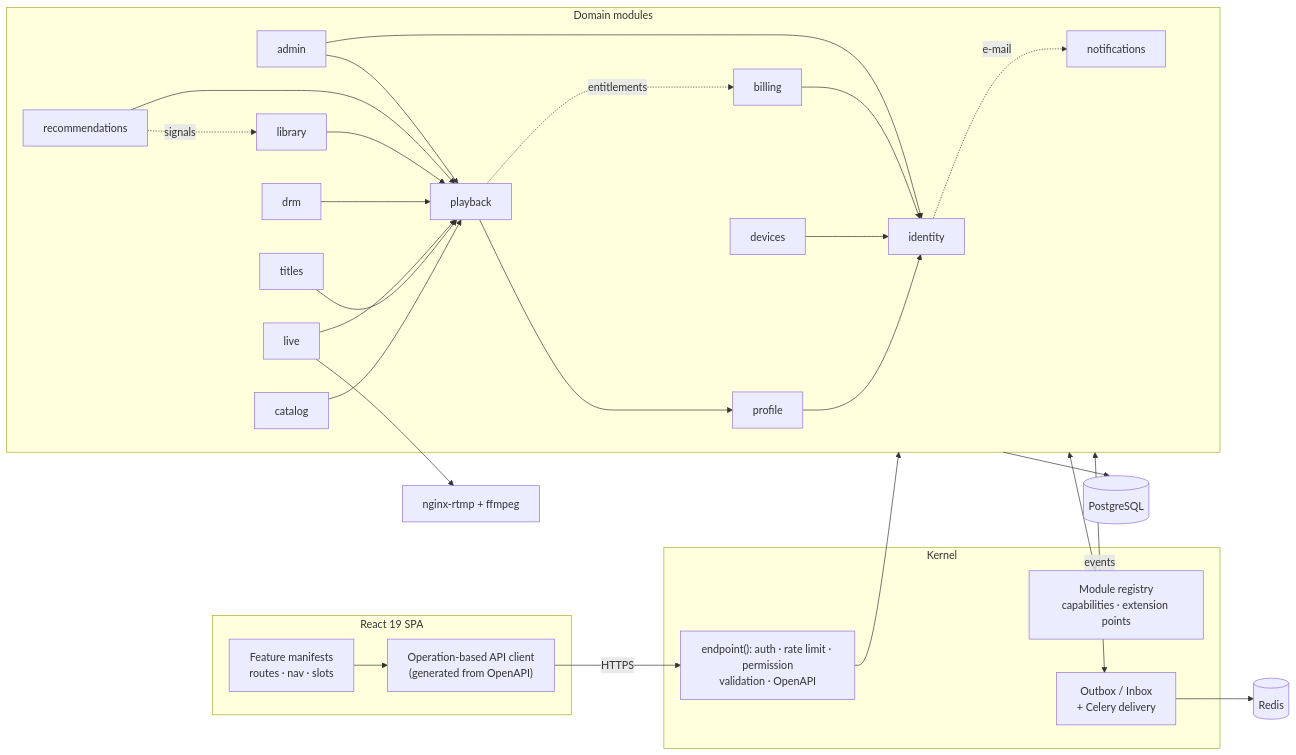
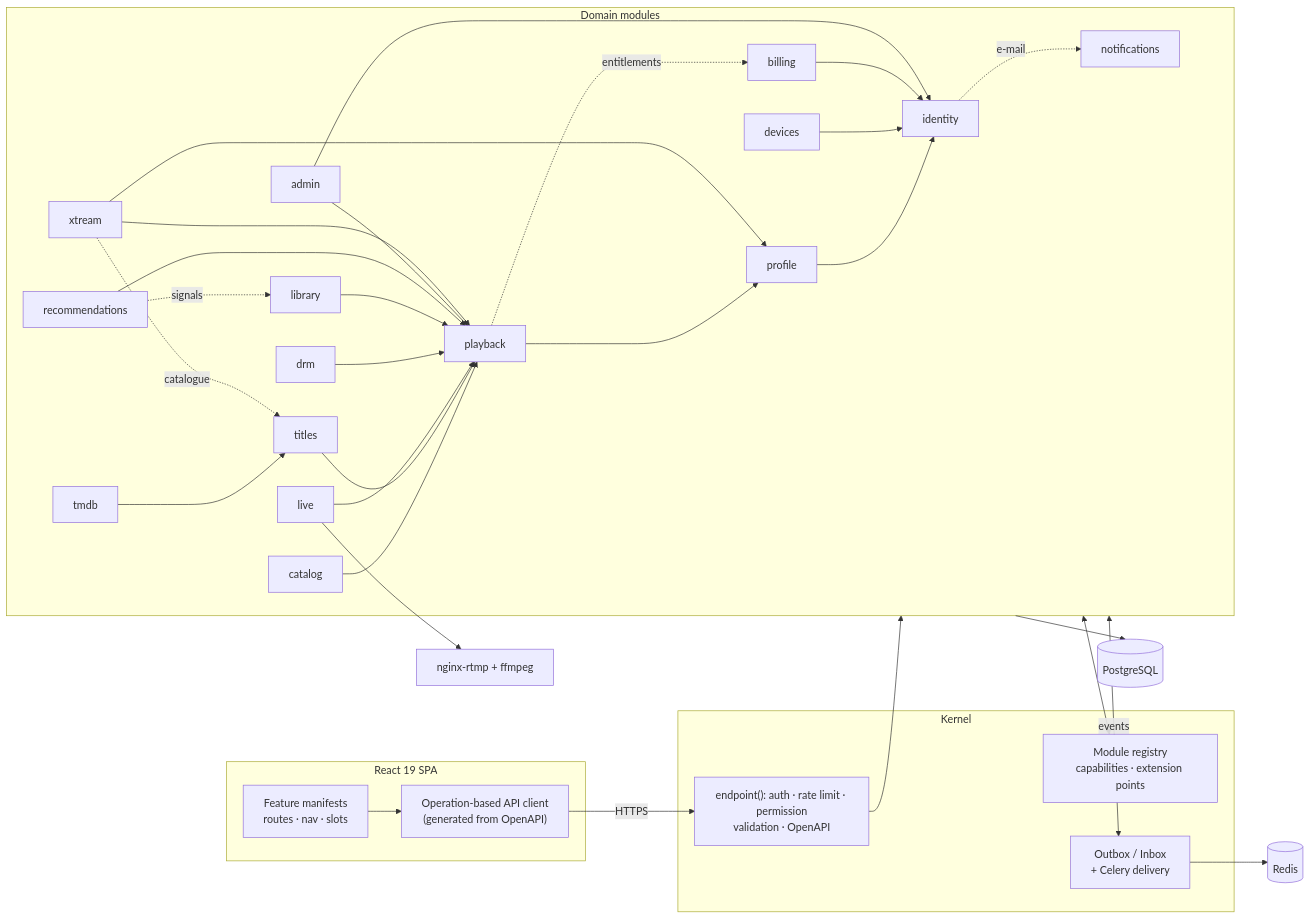
One commit to AzizNeo/NeoTV changed the diagram in README.md. Above: the diagram before and after it, drawn with Mermaid. The commit also changed other lines of this file and 15 other files, not shown here.

````diff
--- a/README.md
+++ b/README.md
@@ -80,37 +86,41 @@
 ```mermaid
 flowchart LR
   subgraph Client["React 19 SPA"]
     UI["Feature manifests<br/>routes · nav · slots"] --> API["Operation-based API client<br/>(generated from OpenAPI)"]
   end
 
   subgraph Kernel["Kernel"]
     EP["endpoint(): auth · rate limit · permission<br/>validation · OpenAPI"]
     REG["Module registry<br/>capabilities · extension points"]
     OB["Outbox / Inbox<br/>+ Celery delivery"]
   end
 
   subgraph Modules["Domain modules"]
     identity -. e-mail .-> notifications
     profile --> identity
     devices --> identity
     billing --> identity
     playback --> profile
     playback -. entitlements .-> billing
     catalog --> playback
     titles --> playback
     live --> playback
     drm --> playback
     library --> playback
     recommendations --> playback
     recommendations -. signals .-> library
     admin --> identity
     admin --> playback
+    tmdb --> titles
+    xtream --> playback
+    xtream --> profile
+    xtream -. catalogue .-> titles
   end
 
   API -->|HTTPS| EP --> Modules
   Modules <--> REG
   Modules <-->|events| OB
   OB --> Redis[("Redis")]
   Modules --> PG[("PostgreSQL")]
   live --> RTMP["nginx-rtmp + ffmpeg"]
 ```
````
